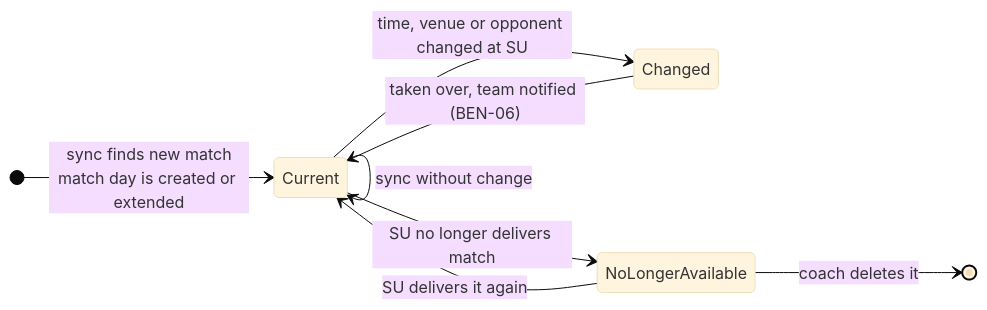
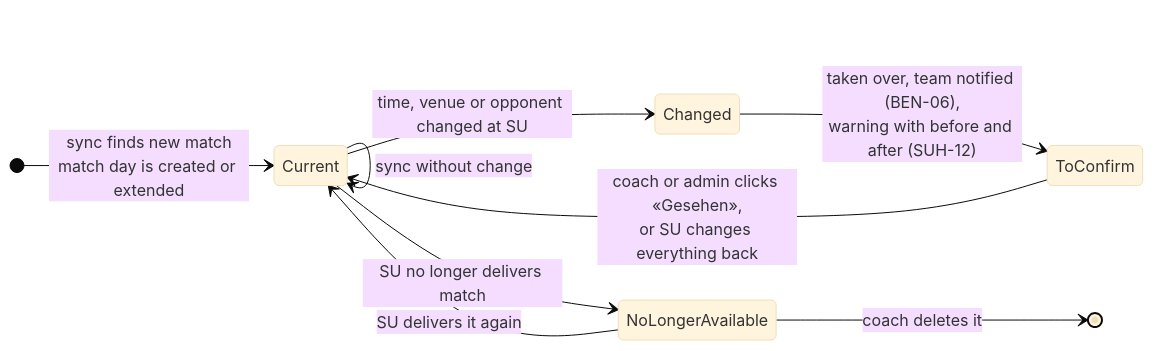
The tenth of 18 diagrams in docs/states.md (cyrilleulmi/StvBeroPlatform), drawn with Mermaid (base theme) before and after one commit. The commit also changed other lines of this file and 135 other files, not shown here.

````diff
--- a/docs/states.md
+++ b/docs/states.md
@@ -278,11 +278,12 @@
 ```mermaid
 stateDiagram-v2
     direction LR
     [*] --> Current: sync finds new match<br/>match day is created or extended
     Current --> Current: sync without change
     Current --> Changed: time, venue or opponent changed at SU
-    Changed --> Current: taken over, team notified (BEN-06)
+    Changed --> ToConfirm: taken over, team notified (BEN-06),<br/>warning with before and after (SUH-12)
+    ToConfirm --> Current: coach or admin clicks «Gesehen»,<br/>or SU changes everything back
     Current --> NoLongerAvailable: SU no longer delivers match
     NoLongerAvailable --> Current: SU delivers it again
     NoLongerAvailable --> [*]: coach deletes it
 ```
````
